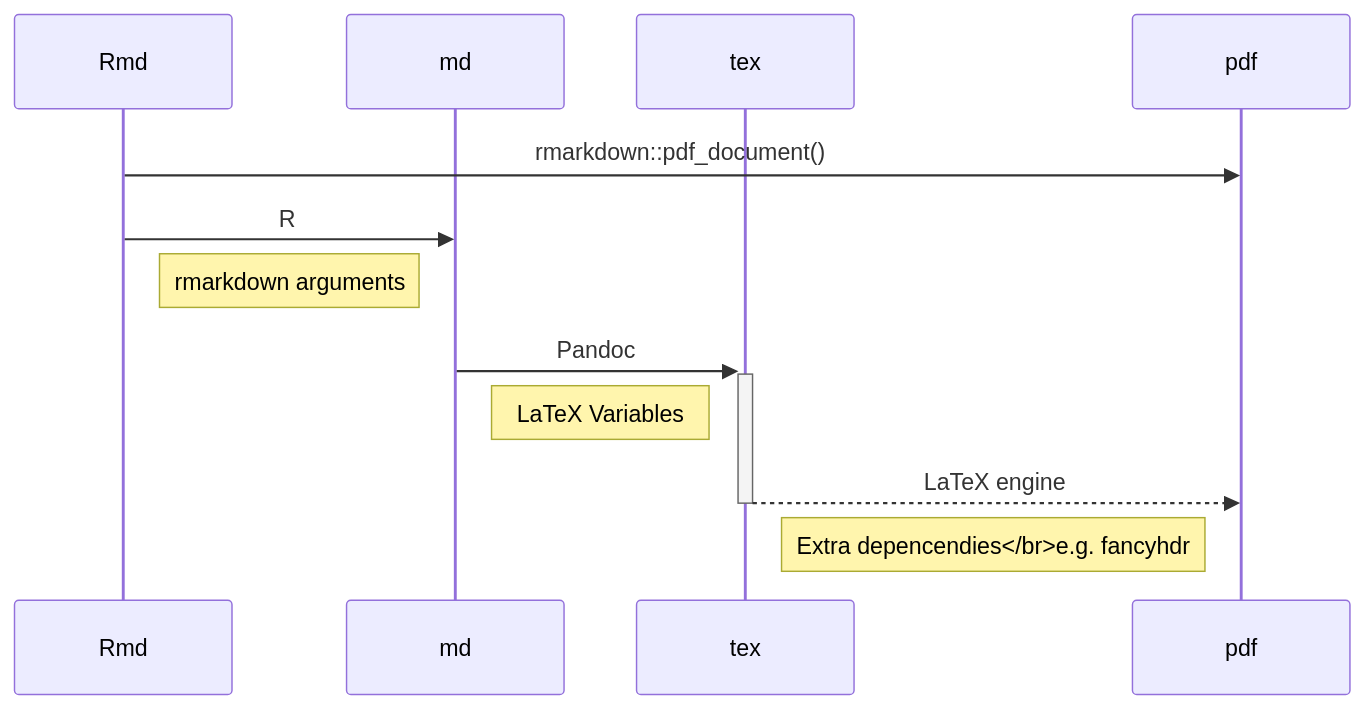
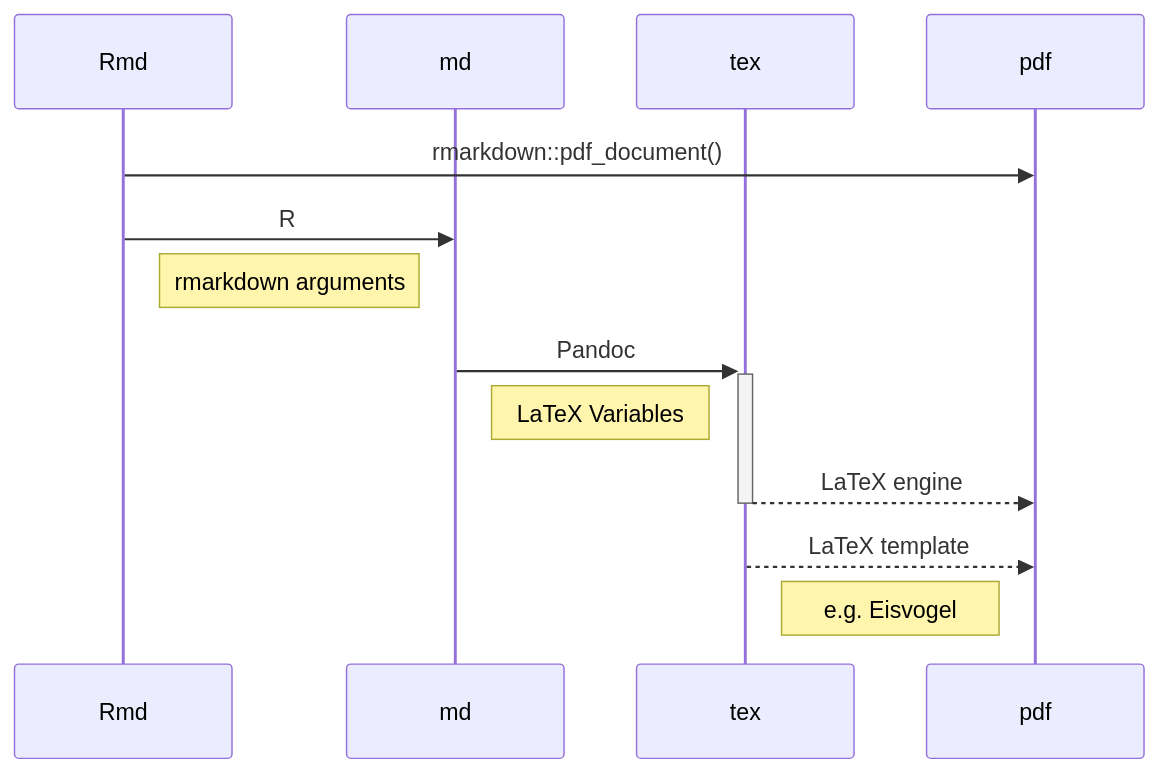
Before and after one commit to FCACollin/guide: the diagram in content/rmd_to_pdf/rmd2pdf_02.md, drawn with Mermaid. The commit also changed other lines of this file and 24 other files, not shown here.

```diff
--- a/content/rmd_to_pdf/rmd2pdf_02.md
+++ b/content/rmd_to_pdf/rmd2pdf_02.md
@@ -14,14 +22,15 @@
 {{<mermaid align="left">}}
 sequenceDiagram
     participant Rmd
     participant md
     participant tex
     participant pdf
     Rmd->>pdf: rmarkdown::pdf_document()
     Rmd->>md: R
     Note right of Rmd: rmarkdown arguments
     md->>+tex: Pandoc
     Note right of md: LaTeX Variables
     tex-->>-pdf: LaTeX engine
-    Note right of tex: Extra depencendies</br>e.g. fancyhdr
+    tex-->>pdf: LaTeX template
+    Note right of tex: e.g. Eisvogel
 {{< /mermaid >}}
```
